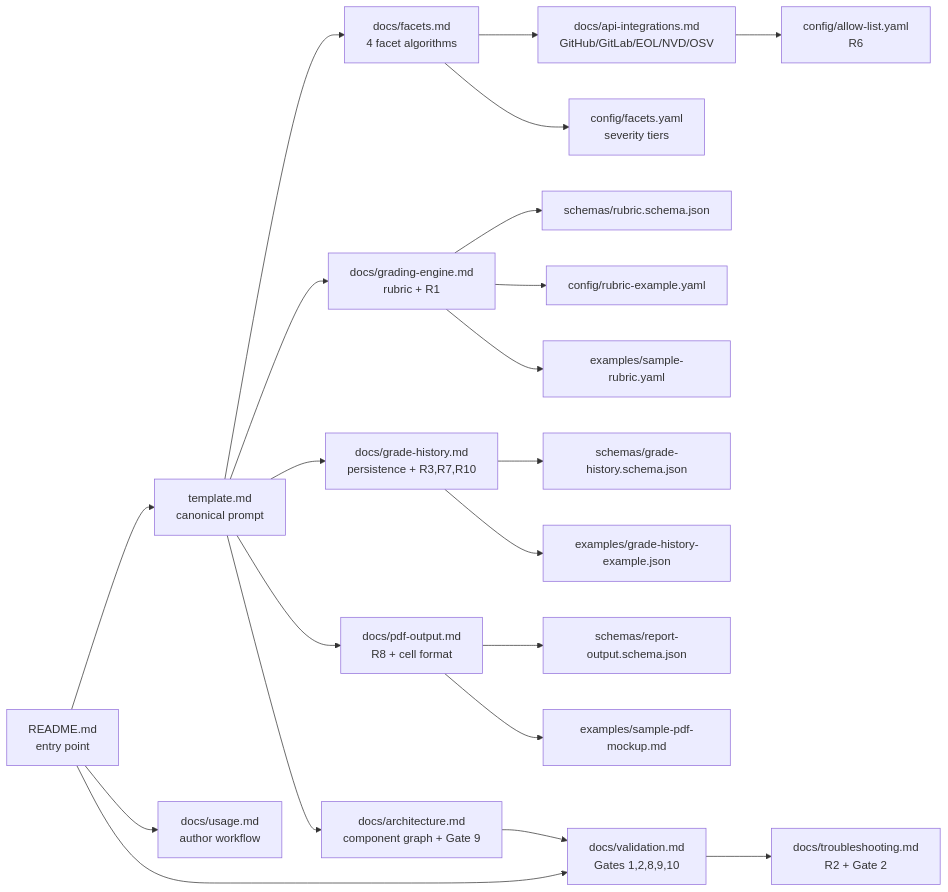
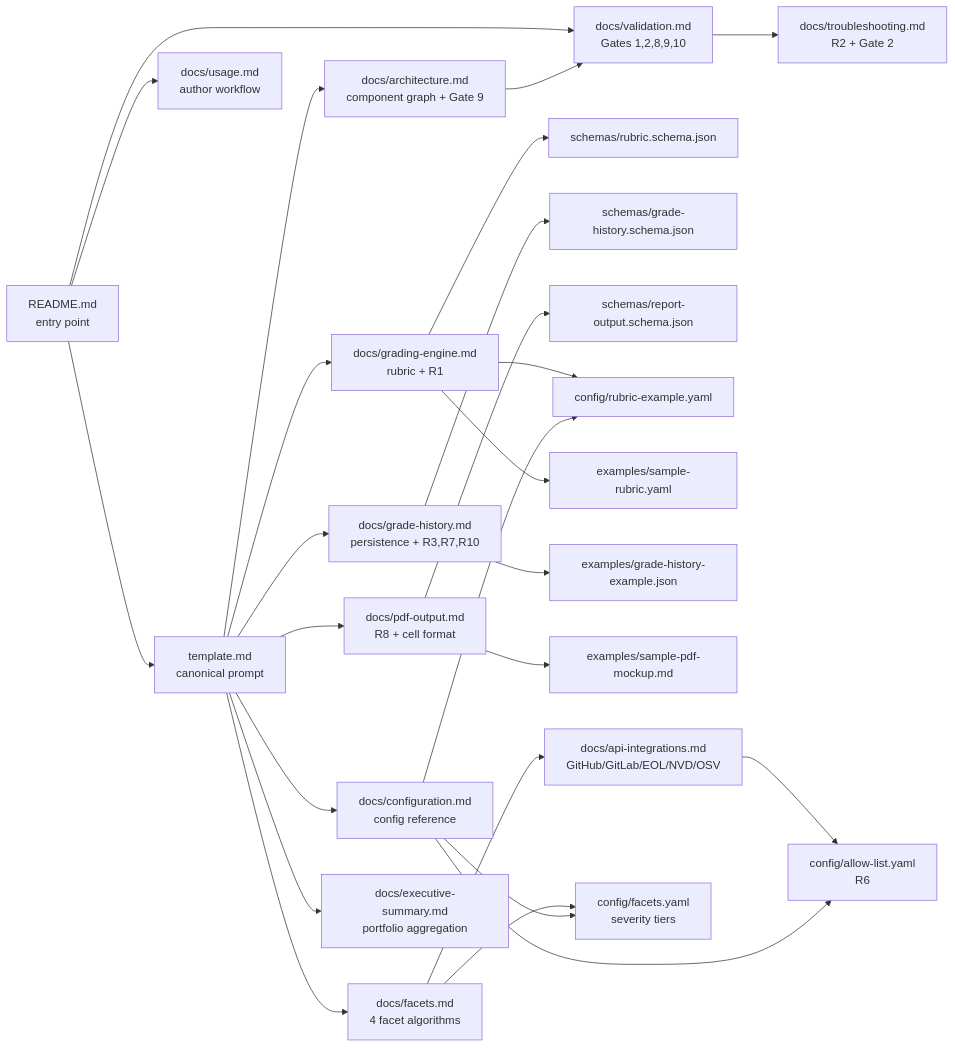
The diagram in templates/technology-estate-report/README.md (blitzy-public-samples/MikeRepo), drawn with Mermaid before and after one commit. The commit also changed other lines of this file and 1 other file, not shown here.

First line of the commit message:
fix: resolve 3 QA findings — Gate 8 parenthetical, Mermaid diagram completeness, README cell-format byte-verbatim

````diff
--- a/templates/technology-estate-report/README.md
+++ b/templates/technology-estate-report/README.md
@@ -151,23 +157,28 @@
 ```mermaid
 graph LR
     A[README.md<br/>entry point] --> B[template.md<br/>canonical prompt]
     A --> C[docs/usage.md<br/>author workflow]
     A --> D[docs/validation.md<br/>Gates 1,2,8,9,10]
     B --> E[docs/facets.md<br/>4 facet algorithms]
     B --> F[docs/grading-engine.md<br/>rubric + R1]
     B --> G[docs/grade-history.md<br/>persistence + R3,R7,R10]
     B --> H[docs/pdf-output.md<br/>R8 + cell format]
     B --> I[docs/architecture.md<br/>component graph + Gate 9]
+    B --> U[docs/configuration.md<br/>config reference]
+    B --> V[docs/executive-summary.md<br/>portfolio aggregation]
     F --> J[schemas/rubric.schema.json]
     G --> K[schemas/grade-history.schema.json]
     H --> L[schemas/report-output.schema.json]
     F --> M[config/rubric-example.yaml]
     F --> N[examples/sample-rubric.yaml]
     G --> O[examples/grade-history-example.json]
     H --> P[examples/sample-pdf-mockup.md]
     E --> Q[docs/api-integrations.md<br/>GitHub/GitLab/EOL/NVD/OSV]
     Q --> R[config/allow-list.yaml<br/>R6]
     E --> S[config/facets.yaml<br/>severity tiers]
     D --> T[docs/troubleshooting.md<br/>R2 + Gate 2]
     I --> D
+    U --> S
+    U --> M
+    U --> R
 ```
````
